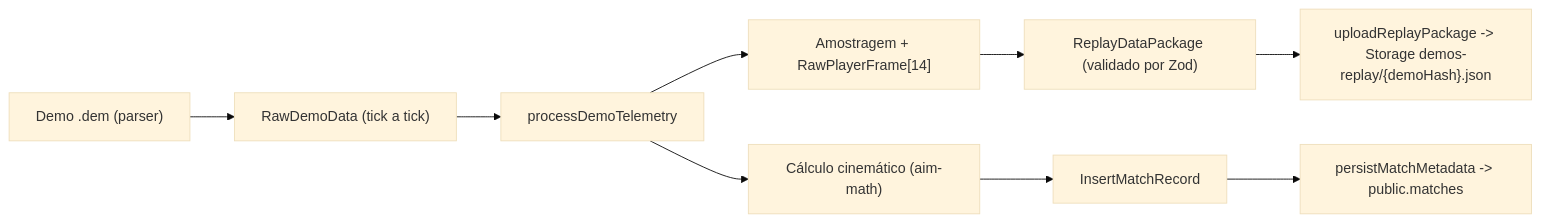
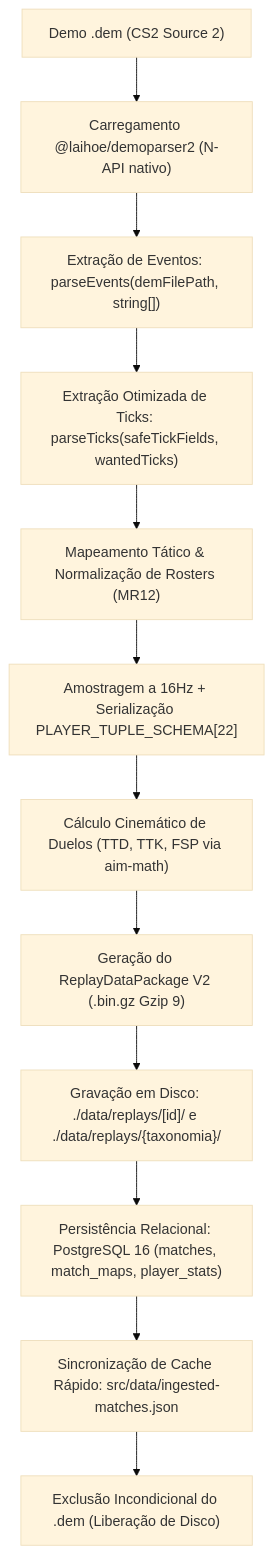
One commit to leandrocarusoyf/cs2-analyzer changed the diagram in .spec/05-ingestion-pipeline/spec.md. Above: the diagram before and after it, drawn with Mermaid (base theme). The commit also changed other lines of this file and 26 other files, not shown here.

````diff
--- a/.spec/05-ingestion-pipeline/spec.md
+++ b/.spec/05-ingestion-pipeline/spec.md
@@ -5,11 +7,14 @@
 ```mermaid
-flowchart LR
-  A["Demo .dem (parser)"] --> B["RawDemoData (tick a tick)"]
-  B --> C["processDemoTelemetry"]
-  C --> D["Amostragem + RawPlayerFrame[14]"]
-  C --> E["Cálculo cinemático (aim-math)"]
-  D --> F["ReplayDataPackage (validado por Zod)"]
-  E --> G["InsertMatchRecord"]
-  F --> H["uploadReplayPackage -> Storage demos-replay/{demoHash}.json"]
-  G --> I["persistMatchMetadata -> public.matches"]
+flowchart TD
+  A["Demo .dem (CS2 Source 2)"] --> B["Carregamento @laihoe/demoparser2 (N-API nativo)"]
+  B --> C["Extração de Eventos: parseEvents(demFilePath, string[])"]
+  C --> D["Extração Otimizada de Ticks: parseTicks(safeTickFields, wantedTicks)"]
+  D --> E["Mapeamento Tático & Normalização de Rosters (MR12)"]
+  E --> F["Amostragem a 16Hz + Serialização PLAYER_TUPLE_SCHEMA[22]"]
+  F --> G["Cálculo Cinemático de Duelos (TTD, TTK, FSP via aim-math)"]
+  G --> H["Geração do ReplayDataPackage V2 (.bin.gz Gzip 9)"]
+  H --> I["Gravação em Disco: ./data/replays/[id]/ e ./data/replays/{taxonomia}/"]
+  I --> J["Persistência Relacional: PostgreSQL 16 (matches, match_maps, player_stats)"]
+  J --> K["Sincronização de Cache Rápido: src/data/ingested-matches.json"]
+  K --> L["Exclusão Incondicional do .dem (Liberação de Disco)"]
 ```
````
